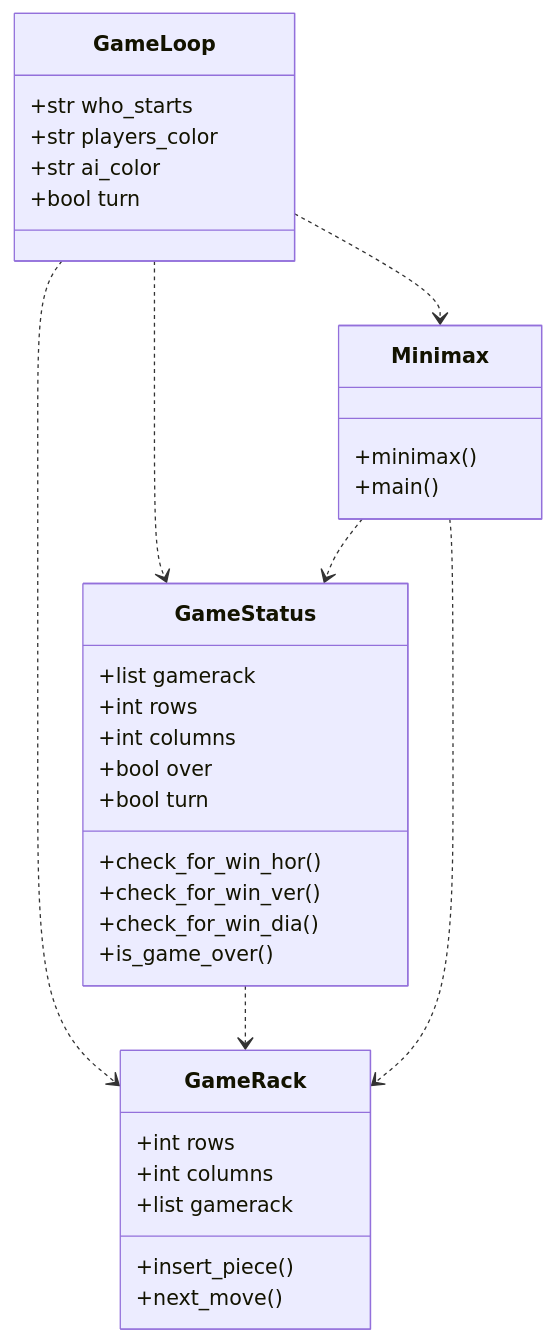
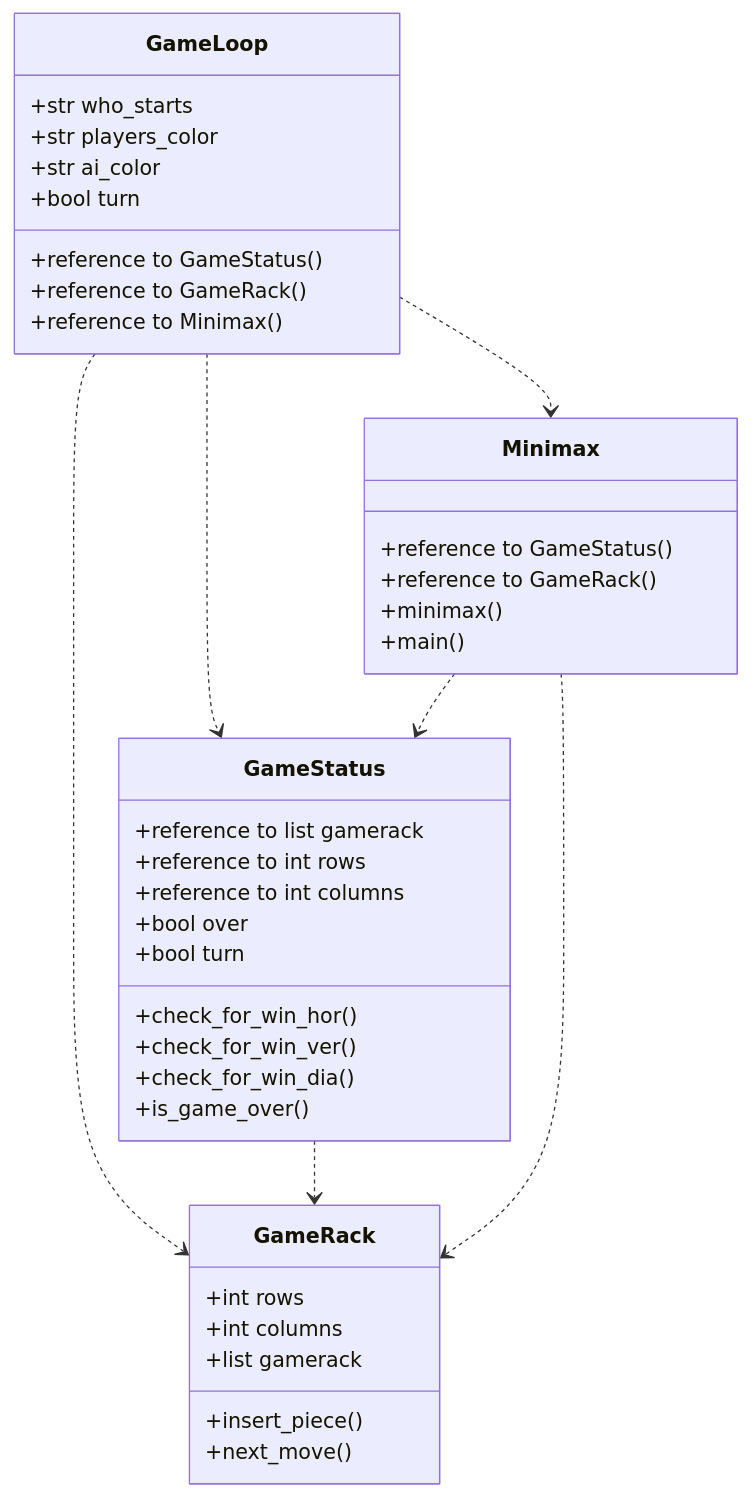
The diagram in documentation/implementation.md (lottapispa/Connect-Four-tiralabra), drawn with Mermaid before and after one commit.

````diff
--- a/documentation/implementation.md
+++ b/documentation/implementation.md
@@ -4,37 +4,42 @@
 ```mermaid
 classDiagram
     GameLoop ..> GameStatus
     GameLoop ..> GameRack
     GameLoop ..> Minimax
     GameStatus ..> GameRack
     Minimax ..> GameStatus
     Minimax ..> GameRack
     class GameLoop{
+        +reference to GameStatus()
+        +reference to GameRack()
+        +reference to Minimax()
         +str who_starts
         +str players_color
         +str ai_color
         +bool turn
     }
     class GameStatus{
-        +list gamerack
-        +int rows
-        +int columns
+        +reference to list gamerack
+        +reference to int rows
+        +reference to int columns
         +bool over
         +bool turn
         +check_for_win_hor()
         +check_for_win_ver()
         +check_for_win_dia()
         +is_game_over()
     }
     class GameRack{
         +int rows
         +int columns
         +list gamerack
         +insert_piece()
         +next_move()
     }
     class Minimax{
+        +reference to GameStatus()
+        +reference to GameRack()
         +minimax()
         +main()
     }
 ```
````
